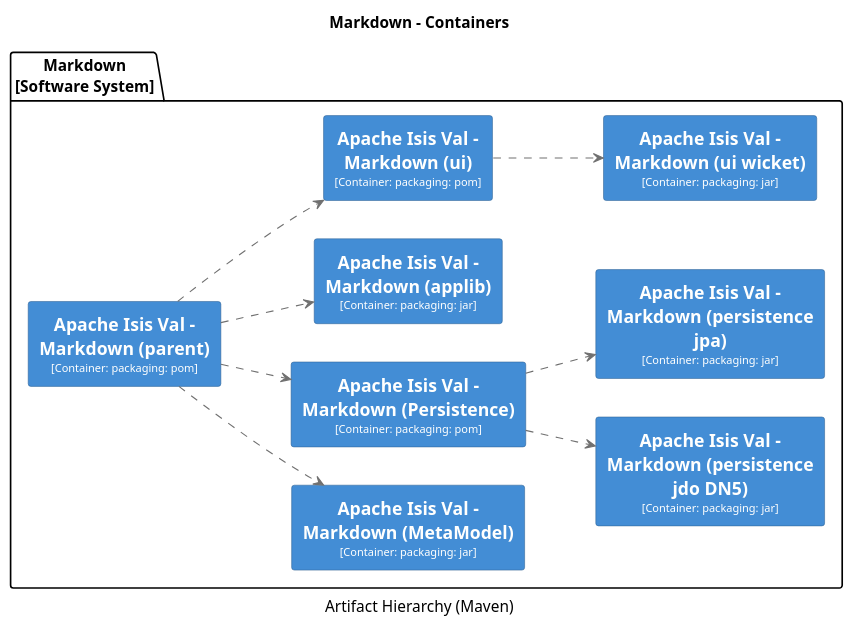
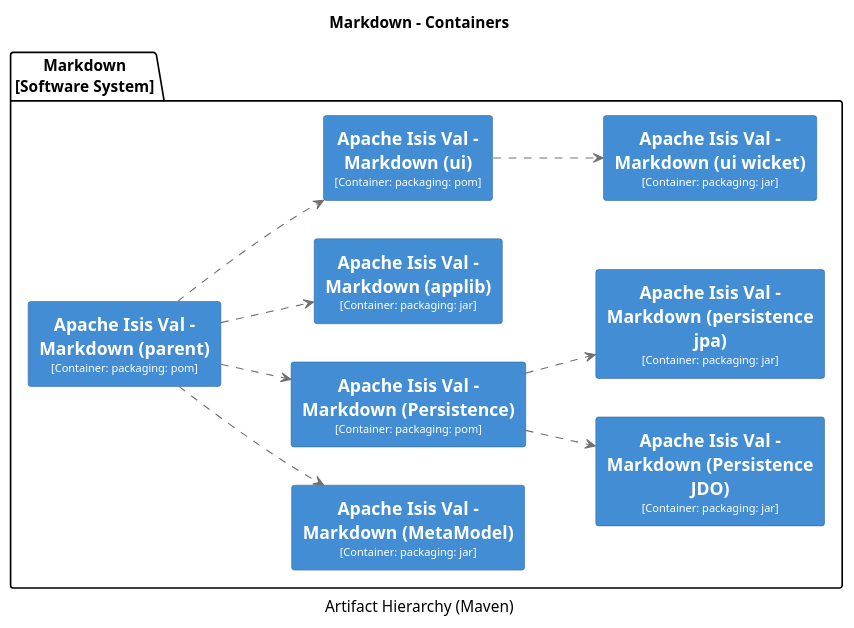
Diagram 19 of 38 in core/adoc/modules/_overview/pages/about.adoc (apache/causeway), drawn with PlantUML before and after one commit. The commit also changed other lines of this file and 130 other files, not shown here.

```diff
--- a/core/adoc/modules/_overview/pages/about.adoc
+++ b/core/adoc/modules/_overview/pages/about.adoc
@@ -3087,74 +3508,74 @@
 [plantuml,Markdown,svg]
 ----
 @startuml(id=Markdown)
 title Markdown - Containers
 caption Artifact Hierarchy (Maven)
 
 skinparam {
   shadowing false
   arrowFontSize 10
   defaultTextAlignment center
   wrapWidth 200
   maxMessageSize 100
 }
 hide stereotype
 left to right direction
 skinparam rectangle<<2>> {
   BackgroundColor #438dd5
   FontColor #fffffe
   BorderColor #2E6295
 }
 skinparam rectangle<<3>> {
   BackgroundColor #438dd5
   FontColor #fffffe
   BorderColor #2E6295
 }
 skinparam rectangle<<4>> {
   BackgroundColor #438dd5
   FontColor #fffffe
   BorderColor #2E6295
 }
 skinparam rectangle<<5>> {
   BackgroundColor #438dd5
   FontColor #fffffe
   BorderColor #2E6295
 }
 skinparam rectangle<<6>> {
   BackgroundColor #438dd5
   FontColor #fffffe
   BorderColor #2E6295
 }
 skinparam rectangle<<7>> {
   BackgroundColor #438dd5
   FontColor #fffffe
   BorderColor #2E6295
 }
 skinparam rectangle<<8>> {
   BackgroundColor #438dd5
   FontColor #fffffe
   BorderColor #2E6295
 }
 skinparam rectangle<<9>> {
   BackgroundColor #438dd5
   FontColor #fffffe
   BorderColor #2E6295
 }
 package "Markdown\n[Software System]" {
   rectangle "==Apache Isis Val - Markdown (MetaModel)\n<size:10>[Container: packaging: jar]</size>" <<4>> as 4
+  rectangle "==Apache Isis Val - Markdown (Persistence JDO)\n<size:10>[Container: packaging: jar]</size>" <<6>> as 6
   rectangle "==Apache Isis Val - Markdown (Persistence)\n<size:10>[Container: packaging: pom]</size>" <<5>> as 5
   rectangle "==Apache Isis Val - Markdown (applib)\n<size:10>[Container: packaging: jar]</size>" <<3>> as 3
   rectangle "==Apache Isis Val - Markdown (parent)\n<size:10>[Container: packaging: pom]</size>" <<2>> as 2
-  rectangle "==Apache Isis Val - Markdown (persistence jdo DN5)\n<size:10>[Container: packaging: jar]</size>" <<6>> as 6
   rectangle "==Apache Isis Val - Markdown (persistence jpa)\n<size:10>[Container: packaging: jar]</size>" <<7>> as 7
   rectangle "==Apache Isis Val - Markdown (ui wicket)\n<size:10>[Container: packaging: jar]</size>" <<9>> as 9
   rectangle "==Apache Isis Val - Markdown (ui)\n<size:10>[Container: packaging: pom]</size>" <<8>> as 8
 }
 5 .[#707070].> 6 : ""
 5 .[#707070].> 7 : ""
 2 .[#707070].> 4 : ""
 2 .[#707070].> 5 : ""
 2 .[#707070].> 3 : ""
 2 .[#707070].> 8 : ""
 8 .[#707070].> 9 : ""
 @enduml
 ----
```
